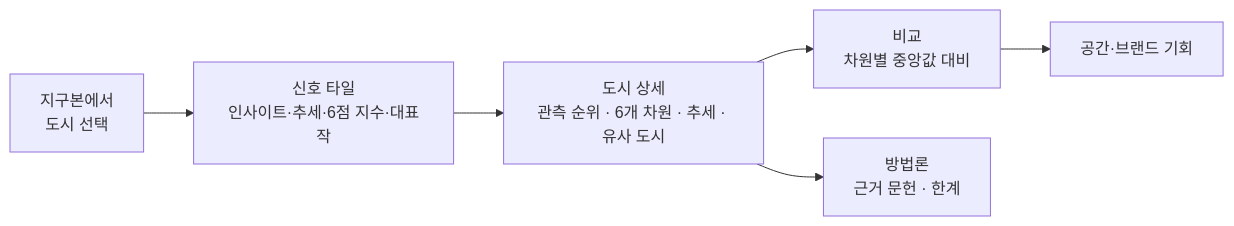
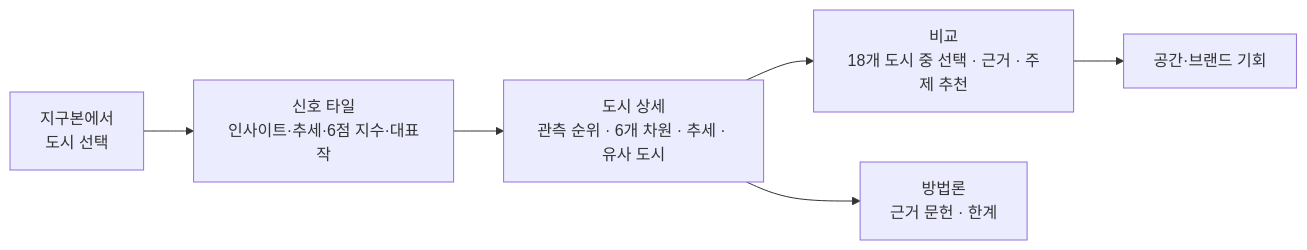
Before and after one commit to beang66/art-city-intelligence: the third of 6 diagrams in README.md, drawn with Mermaid. The commit also changed other lines of this file and 40 other files, not shown here.

````diff
--- a/README.md
+++ b/README.md
@@ -179,8 +178,8 @@
 ```mermaid
 flowchart LR
     S["지구본에서<br>도시 선택"] --> T["신호 타일<br>인사이트·추세·6점 지수·대표작"]
     T --> C["도시 상세<br>관측 순위 · 6개 차원 · 추세 · 유사 도시"]
-    C --> P["비교<br>차원별 중앙값 대비"]
+    C --> P["비교<br>18개 도시 중 선택 · 근거 · 주제 추천"]
     C --> M["방법론<br>근거 문헌 · 한계"]
     P --> O["공간·브랜드 기회"]
 ```
````
